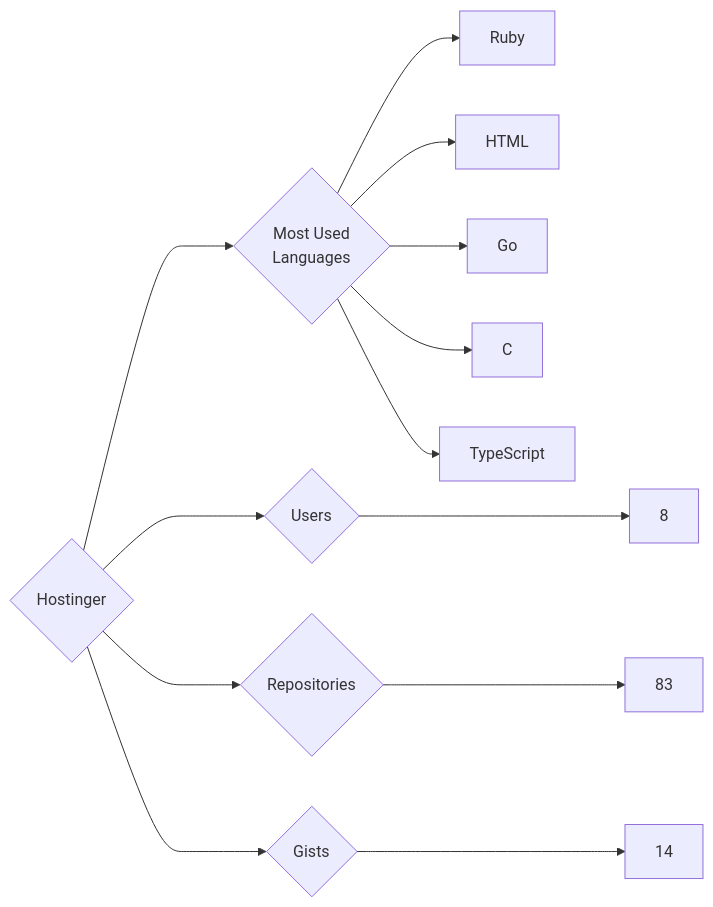
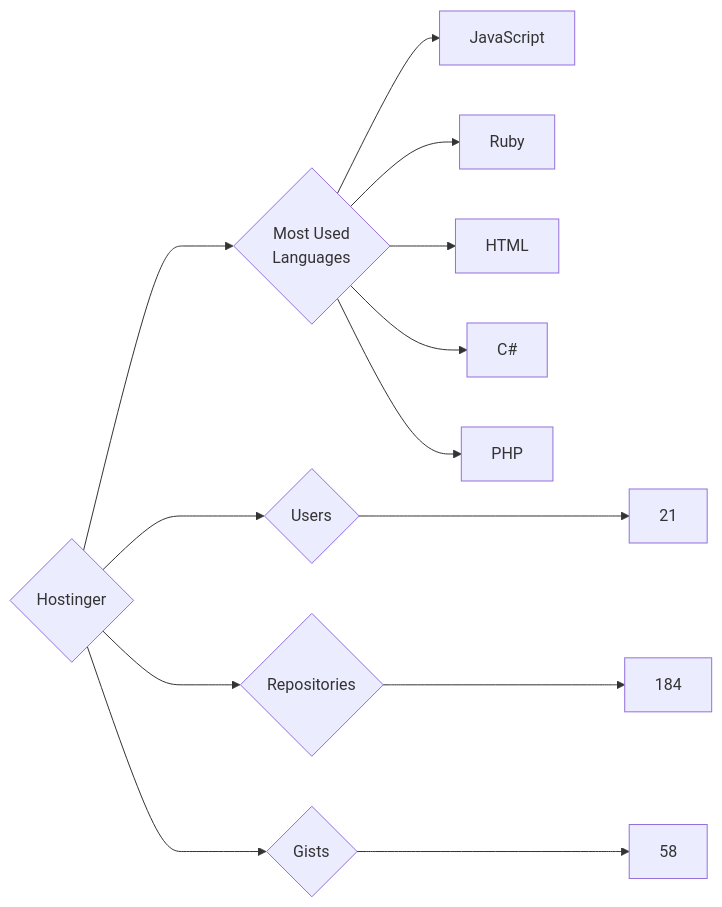
One commit to trickest/insiders changed the diagram in targets/Hostinger/README.md. Above: the diagram before and after it, drawn with Mermaid. The commit also changed 847 other files, not shown here.

````diff
--- a/targets/Hostinger/README.md
+++ b/targets/Hostinger/README.md
@@ -3,13 +3,13 @@
 ```mermaid
 graph LR
 COMPANY_NAME{Hostinger}
-COMPANY_NAME ---> U{Users} ---> UN[8]
-COMPANY_NAME ---> R{Repositories} ---> RN[83]
-COMPANY_NAME ---> G{Gists} ---> GN[14]
+COMPANY_NAME ---> U{Users} ---> UN[21]
+COMPANY_NAME ---> R{Repositories} ---> RN[184]
+COMPANY_NAME ---> G{Gists} ---> GN[58]
 COMPANY_NAME ---> ML{Most Used<br>Languages}
+ML --> JavaScript[JavaScript]
 ML --> Ruby[Ruby]
 ML --> HTML[HTML]
-ML --> Go[Go]
-ML --> C[C]
-ML --> TypeScript[TypeScript]
+ML --> C#[C#]
+ML --> PHP[PHP]
 ```
````
